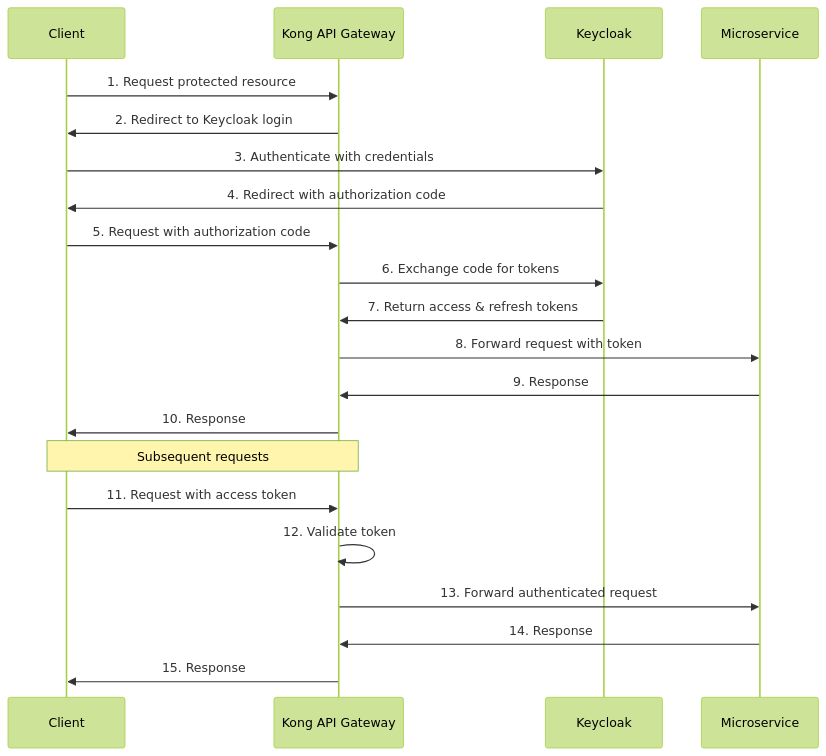
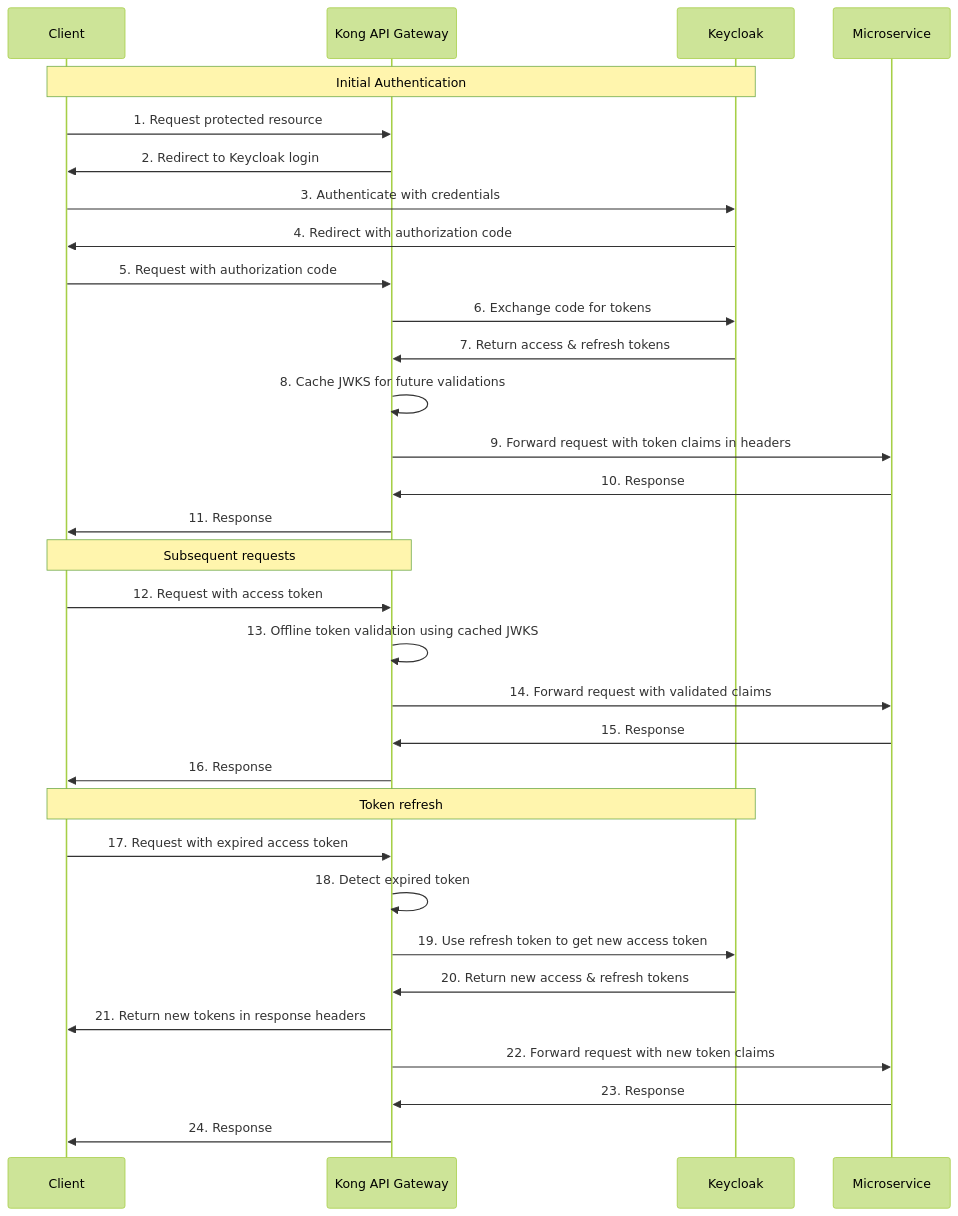
One commit to hcikikci/kong-keycloak-microservices changed the diagram in docs/request-response-flow.mermaid. Above: the diagram before and after it, drawn with Mermaid (forest theme). The commit also changed 8 other files, not shown here.

Commit message:
Enhance README and architecture documentation for Keycloak and Kong integration. Updated descriptions for clarity, added detailed architecture features, improved Docker Compose configurations, and refined network diagrams. Included security measures and best practices for deployment.

```diff
--- a/docs/request-response-flow.mermaid
+++ b/docs/request-response-flow.mermaid
@@ -1,23 +1,35 @@
 sequenceDiagram
     participant Client
     participant Kong as Kong API Gateway
     participant Keycloak
     participant Microservice
     
+    Note over Client,Keycloak: Initial Authentication
     Client->>Kong: 1. Request protected resource
     Kong->>Client: 2. Redirect to Keycloak login
     Client->>Keycloak: 3. Authenticate with credentials
     Keycloak->>Client: 4. Redirect with authorization code
     Client->>Kong: 5. Request with authorization code
     Kong->>Keycloak: 6. Exchange code for tokens
     Keycloak->>Kong: 7. Return access & refresh tokens
-    Kong->>Microservice: 8. Forward request with token
-    Microservice->>Kong: 9. Response
-    Kong->>Client: 10. Response
+    Kong->>Kong: 8. Cache JWKS for future validations
+    Kong->>Microservice: 9. Forward request with token claims in headers
+    Microservice->>Kong: 10. Response
+    Kong->>Client: 11. Response
     
     Note over Client,Kong: Subsequent requests
-    Client->>Kong: 11. Request with access token
-    Kong->>Kong: 12. Validate token
-    Kong->>Microservice: 13. Forward authenticated request
-    Microservice->>Kong: 14. Response
-    Kong->>Client: 15. Response
+    Client->>Kong: 12. Request with access token
+    Kong->>Kong: 13. Offline token validation using cached JWKS
+    Kong->>Microservice: 14. Forward request with validated claims
+    Microservice->>Kong: 15. Response
+    Kong->>Client: 16. Response
+    
+    Note over Client,Keycloak: Token refresh
+    Client->>Kong: 17. Request with expired access token
+    Kong->>Kong: 18. Detect expired token
+    Kong->>Keycloak: 19. Use refresh token to get new access token
+    Keycloak->>Kong: 20. Return new access & refresh tokens
+    Kong->>Client: 21. Return new tokens in response headers
+    Kong->>Microservice: 22. Forward request with new token claims
+    Microservice->>Kong: 23. Response
+    Kong->>Client: 24. Response
```
